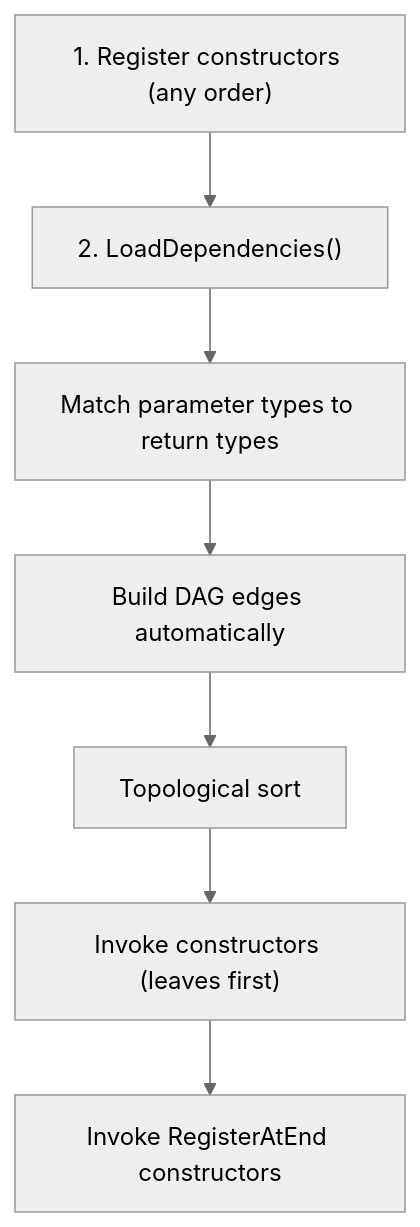
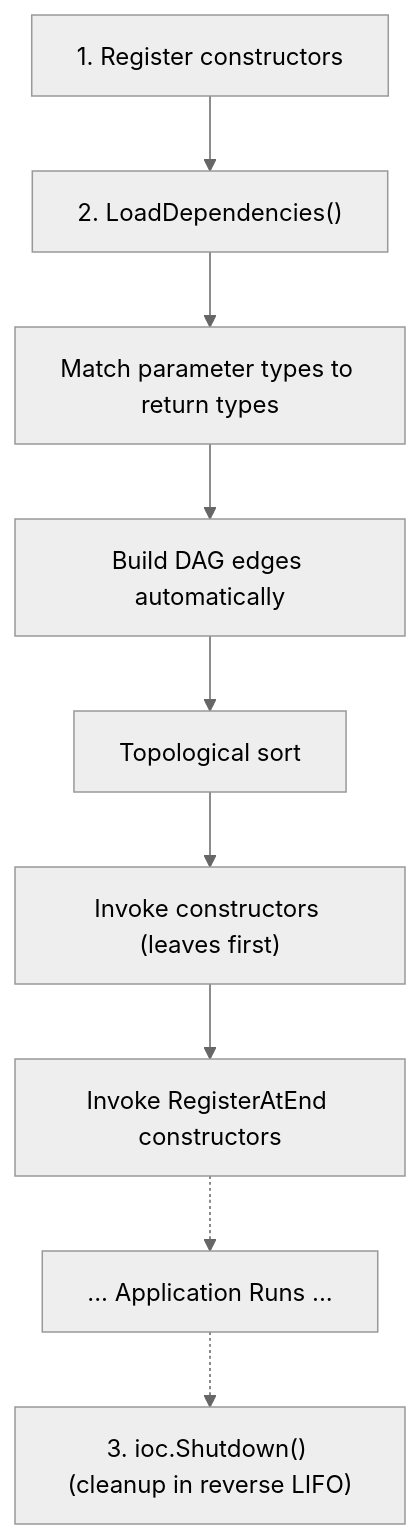
One commit to Ignaciojeria/ioc changed the first of 2 diagrams in readme.md. Above: the diagram before and after it, drawn with Mermaid (neutral theme). The commit also changed other lines of this file, not shown here.

Commit message:
mermaid dependencies direction examples fixed

````diff
--- a/readme.md
+++ b/readme.md
@@ -199,9 +199,11 @@
 ```mermaid
 graph TD
-    A["1. Register constructors (any order)"] --> B["2. LoadDependencies()"]
+    A["1. Register constructors"] --> B["2. LoadDependencies()"]
     B --> C["Match parameter types to return types"]
     C --> D["Build DAG edges automatically"]
     D --> E["Topological sort"]
     E --> F["Invoke constructors (leaves first)"]
     F --> G["Invoke RegisterAtEnd constructors"]
+    G -.-> H["... Application Runs ..."]
+    H -.-> I["3. ioc.Shutdown() (cleanup in reverse LIFO)"]
 ```
````
